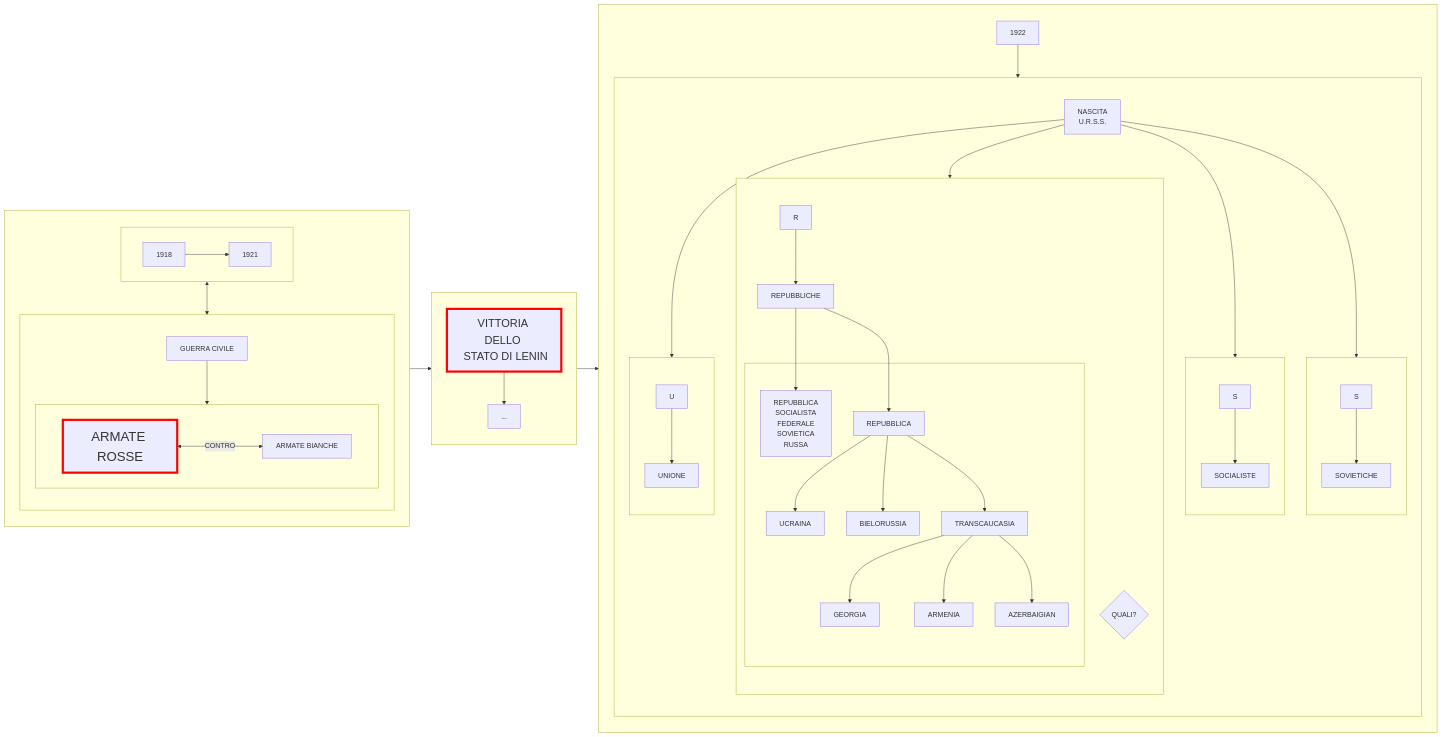
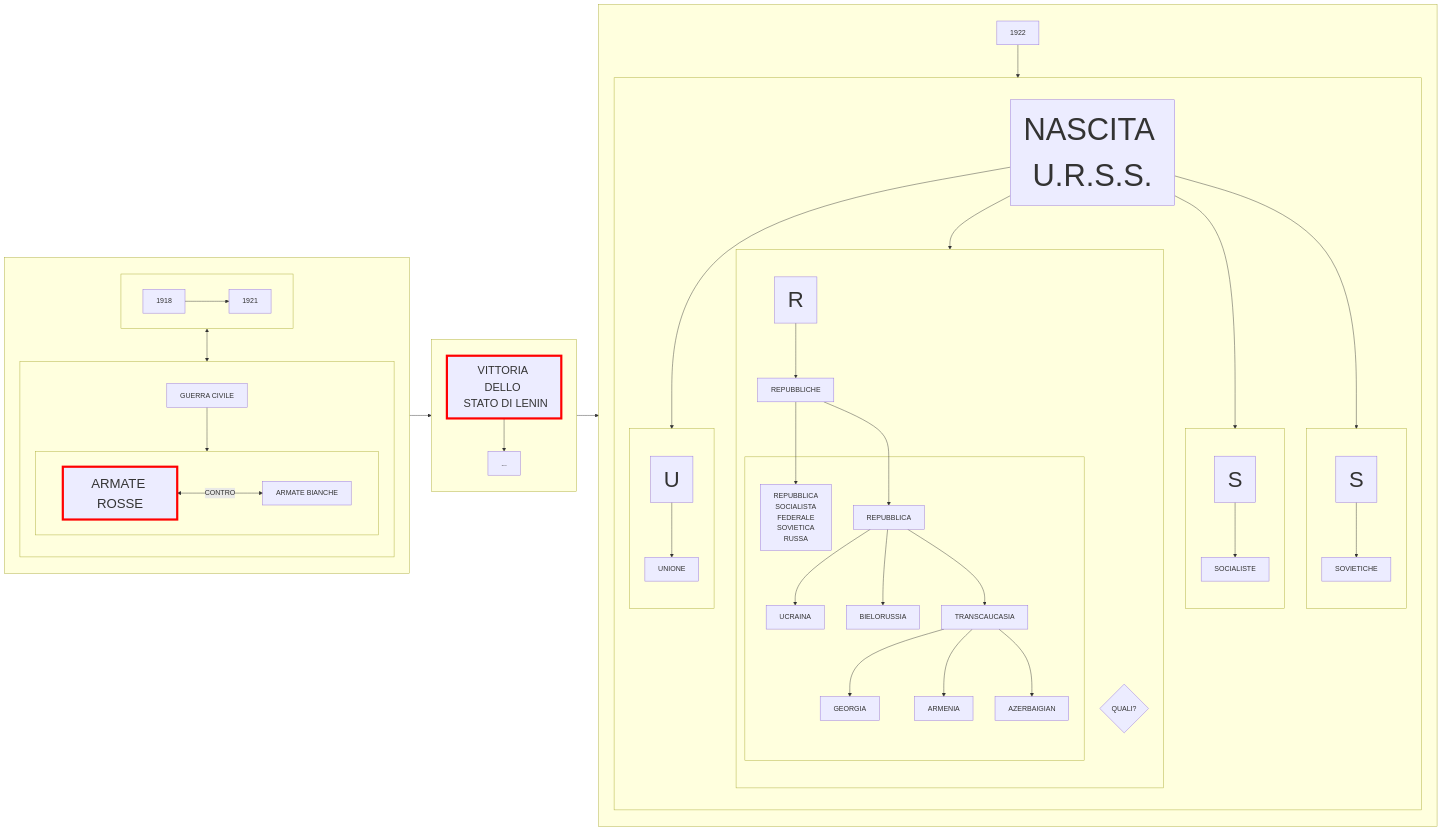
The diagram in prova.md (Laaouatni/ricerca-storia-MermaidJS), drawn with Mermaid before and after one commit.

````diff
--- a/prova.md
+++ b/prova.md
@@ -1,5 +1,7 @@
 ```mermaid
 flowchart LR;
+    classDef classGrande font-size: 50px;
+    classDef classMoltoGrande font-size: 70px;
     subgraph 0[" "]
         direction TB;
         subgraph 01[" "]
@@ -38,16 +40,16 @@
       20[1922]
       subgraph 200[" "]
         direction TB;
-        2000[NASCITA <br> U.R.S.S.]
+        2000[NASCITA U.R.S.S.]:::classMoltoGrande
         subgraph 21[" "]
           direction TB;
-          210[U]
+          210[U]:::classGrande
           2100[UNIONE]
           210 --> 2100
         end
         subgraph 22[" "]
           direction TB;
-          220[R]
+          220[R]:::classGrande
           2200[REPUBBLICHE]
           22000{QUALI?}
           subgraph 3[" "]
@@ -66,17 +68,17 @@
         end
         subgraph 23[" "]
           direction TB;
-          230[S]
+          230[S]:::classGrande
           2300[SOCIALISTE]
           230 --> 2300
         end
         subgraph 24[" "]
           direction TB;
-          240[S]
+          240[S]:::classGrande
           2400[SOVIETICHE]
           240 --> 2400
         end
-        2000 --> 21 & 22 & 23 & 24
+        2000 --> 21 & 220 & 23 & 24
       end
       20 --> 200
     end
````
